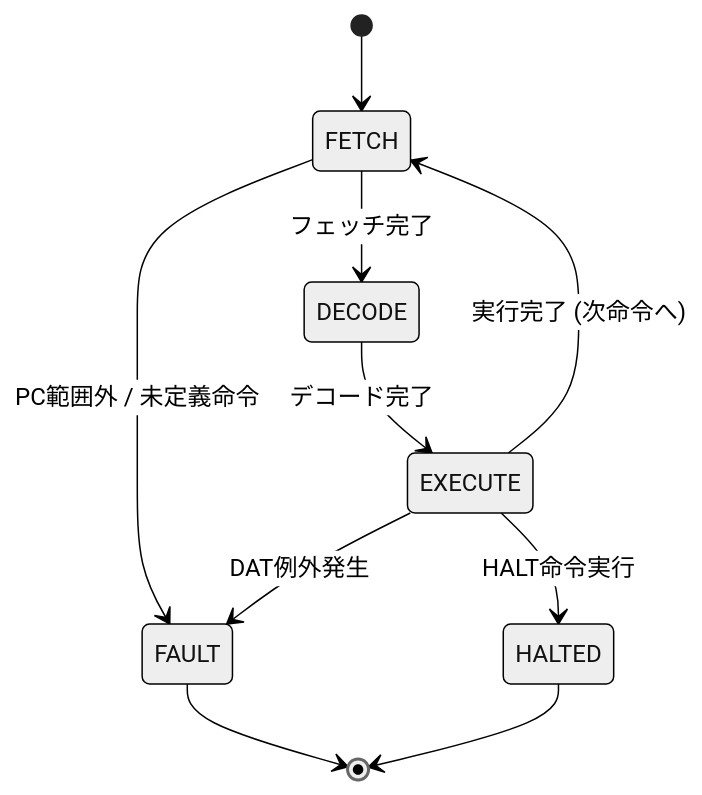
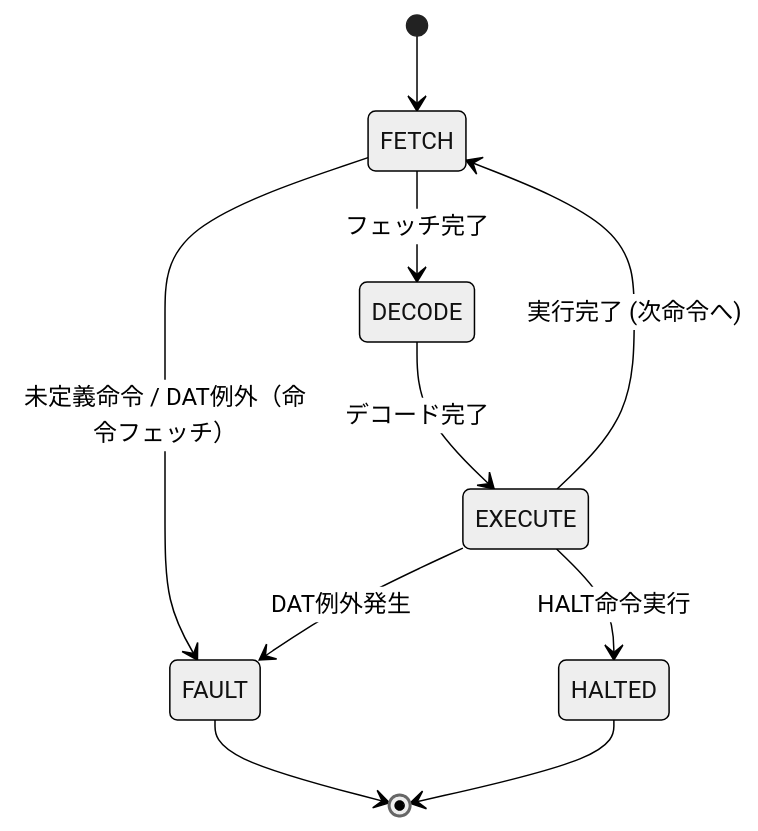
The second of 2 diagrams in docs/cpu_spec.md (junkreef/SimpleCPUEmulator), drawn with Mermaid (neutral theme) before and after one commit. The commit also changed other lines of this file and 5 other files, not shown here.

````diff
--- a/docs/cpu_spec.md
+++ b/docs/cpu_spec.md
@@ -136,12 +136,12 @@
 ```mermaid
 stateDiagram-v2
     [*] --> FETCH
     FETCH --> DECODE : フェッチ完了
-    FETCH --> FAULT : PC範囲外 / 未定義命令
+    FETCH --> FAULT : 未定義命令 / DAT例外（命令フェッチ）
     DECODE --> EXECUTE : デコード完了
     EXECUTE --> FETCH : 実行完了 (次命令へ)
     EXECUTE --> HALTED : HALT命令実行
     EXECUTE --> FAULT : DAT例外発生
     FAULT --> [*]
     HALTED --> [*]
 ```
````
